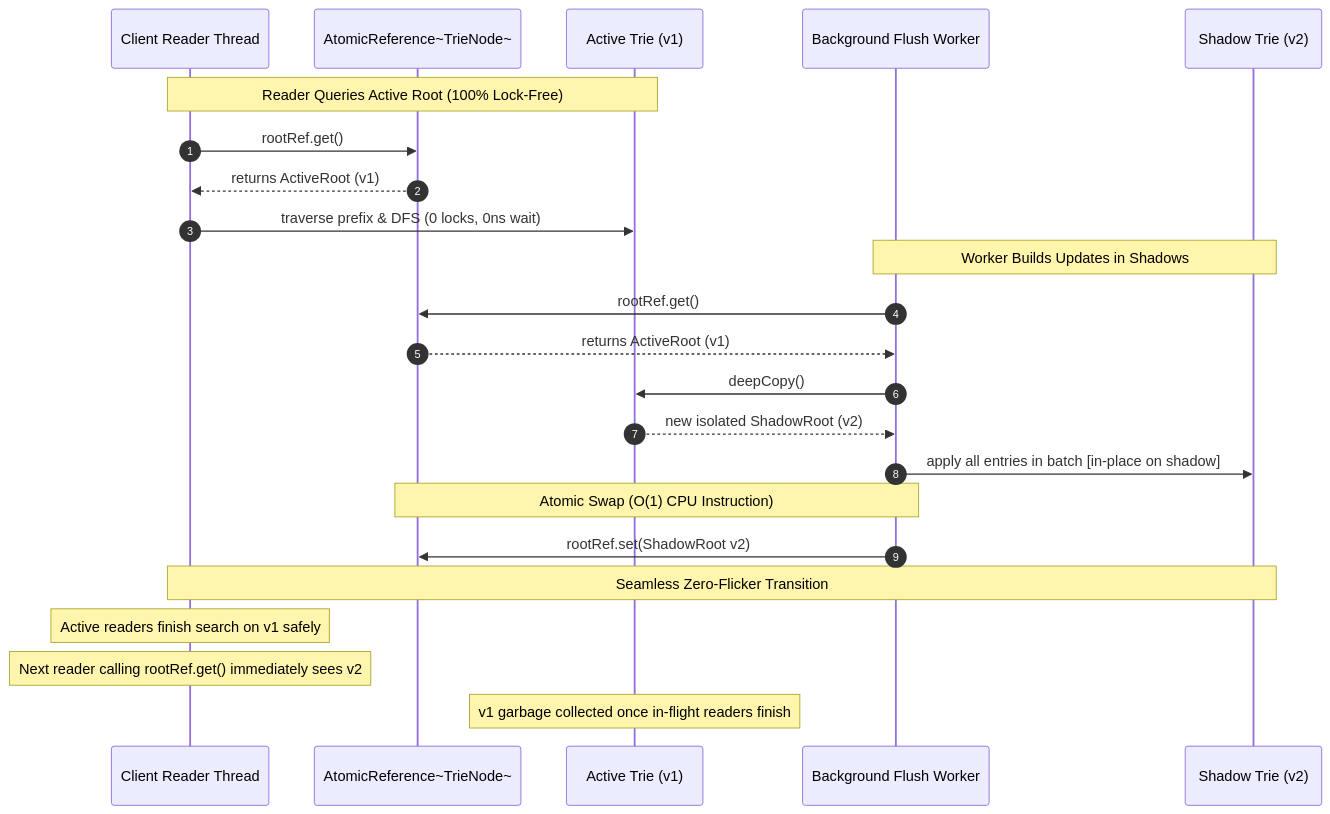
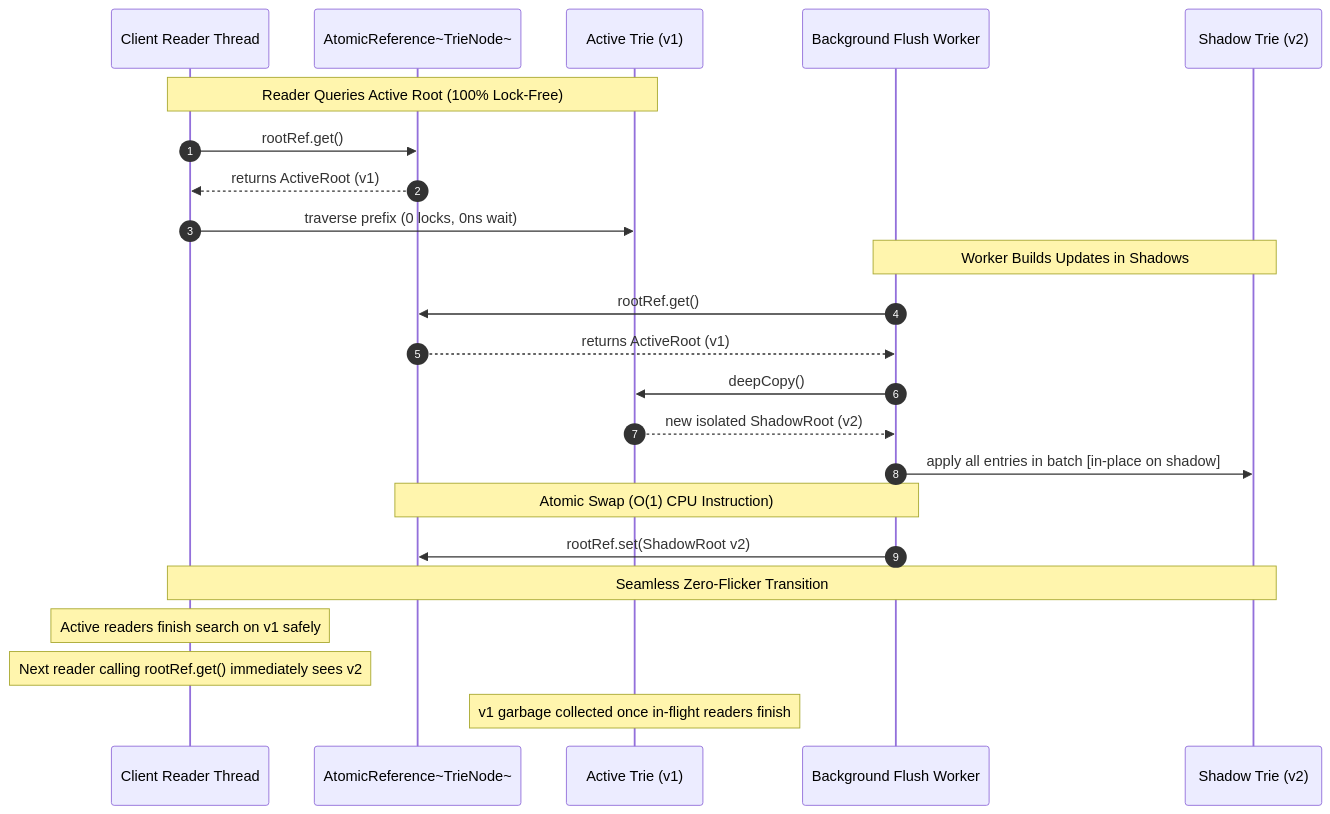
The fifth of 6 diagrams in apps/web/src/content/lld/search-auto-complete.md (JyotimoyKashyap/system-design-labs), drawn with Mermaid before and after one commit. The commit also changed other lines of this file and 3 other files, not shown here.

````diff
--- a/apps/web/src/content/lld/search-auto-complete.md
+++ b/apps/web/src/content/lld/search-auto-complete.md
@@ -331,29 +363,29 @@
 ```mermaid
 sequenceDiagram
     autonumber
     participant Reader as Client Reader Thread
     participant RootRef as AtomicReference~TrieNode~
     participant ActiveRoot as Active Trie (v1)
     participant Worker as Background Flush Worker
     participant ShadowRoot as Shadow Trie (v2)
 
     Note over Reader,ActiveRoot: Reader Queries Active Root (100% Lock-Free)
     Reader->>RootRef: rootRef.get()
     RootRef-->>Reader: returns ActiveRoot (v1)
-    Reader->>ActiveRoot: traverse prefix & DFS (0 locks, 0ns wait)
+    Reader->>ActiveRoot: traverse prefix (0 locks, 0ns wait)
 
     Note over Worker,ShadowRoot: Worker Builds Updates in Shadows
     Worker->>RootRef: rootRef.get()
     RootRef-->>Worker: returns ActiveRoot (v1)
     Worker->>ActiveRoot: deepCopy()
     ActiveRoot-->>Worker: new isolated ShadowRoot (v2)
     Worker->>ShadowRoot: apply all entries in batch [in-place on shadow]
 
     Note over Worker,RootRef: Atomic Swap (O(1) CPU Instruction)
     Worker->>RootRef: rootRef.set(ShadowRoot v2)
 
     Note over Reader,ShadowRoot: Seamless Zero-Flicker Transition
     Note over Reader: Active readers finish search on v1 safely
     Note over Reader: Next reader calling rootRef.get() immediately sees v2
     Note over ActiveRoot: v1 garbage collected once in-flight readers finish
 ```
````
